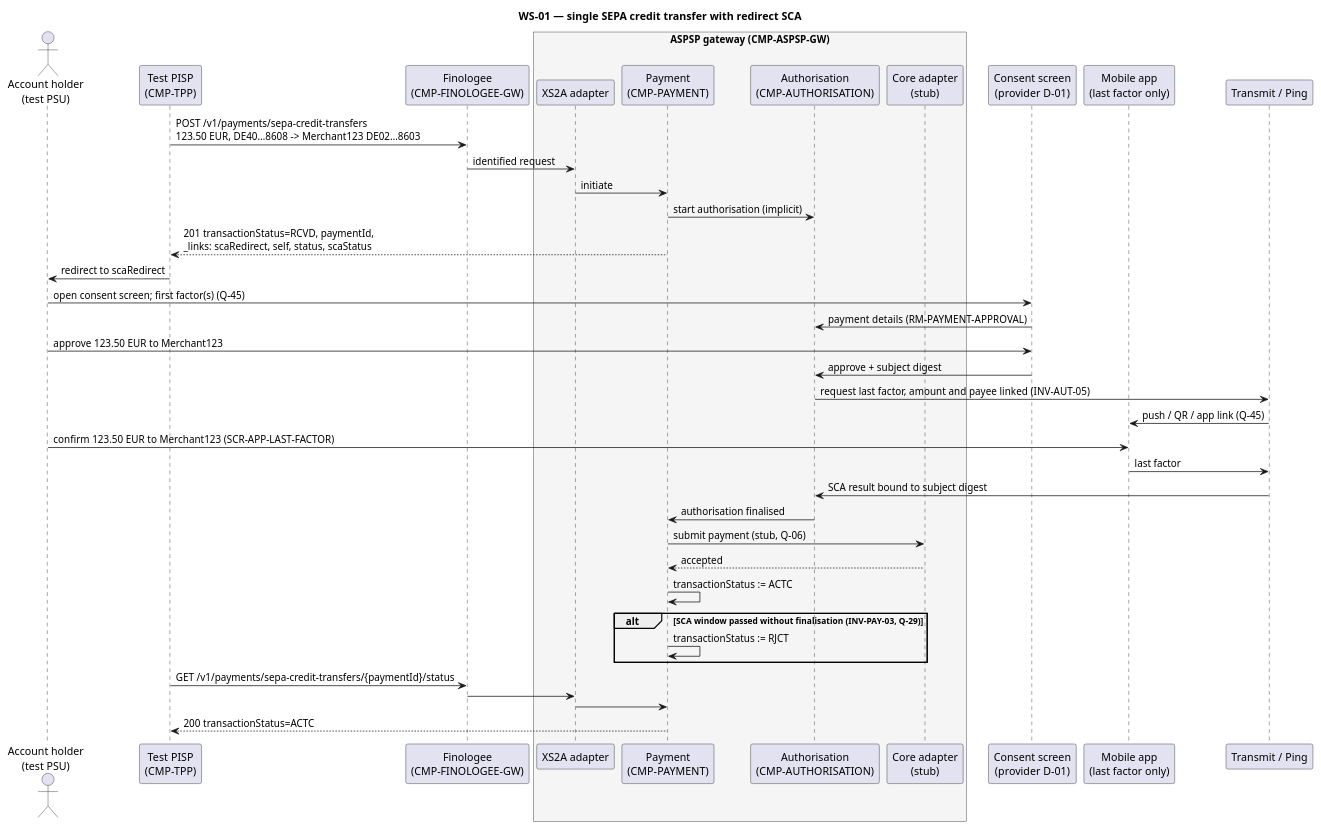
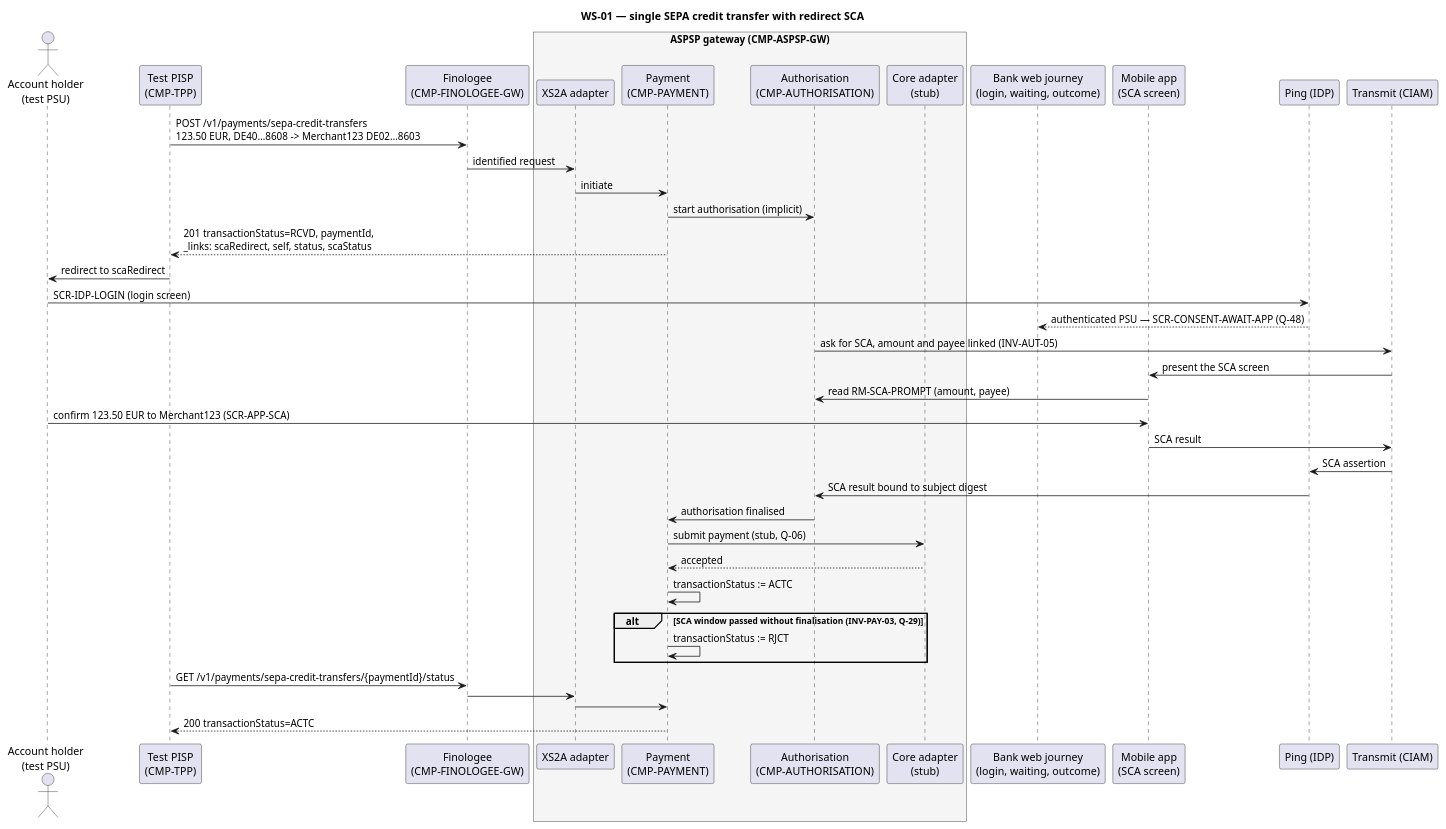
One commit to vondacho/psd2-sandbox changed the diagram in docs/system/uml/sequence/ws-01-pis-sct-redirect.puml. Above: the diagram before and after it, drawn with PlantUML. The commit also changed 33 other files, not shown here.

```diff
--- a/docs/system/uml/sequence/ws-01-pis-sct-redirect.puml
+++ b/docs/system/uml/sequence/ws-01-pis-sct-redirect.puml
@@ -1,51 +1,53 @@
 @startuml ws-01-pis-sct-redirect
 ' WS-01 walking-skeleton path, PIS part; reused unchanged by MVP-01. PROPOSAL, AI, 2026-09-19.
 ' Stories: STORY-PIS-INITIATE-SCT, STORY-PIS-SCA-REDIRECT-APP, STORY-PIS-STATUS.
 ' Redirect, implicit start (SRC-IG §5.1.3). VoP not shown (Q-16).
-' Iteration 3 (SRC-ADR 87c72b8): payment approval assumed on the consent screen (Q-46); the mobile
-' app carries only the last factor and shows amount and payee (dynamic linking, Q-46).
+' Iteration 4 (SRC-ADR 7ed3eb1): the payment is approved on the SCA screen in the bank app, where
+' amount and payee are shown (dynamic linking). The browser carries the login screen and the
+' waiting / outcome pages only (Q-46, Q-48 — proposals awaiting confirmation).
 title WS-01 — single SEPA credit transfer with redirect SCA
 
 actor "Account holder\n(test PSU)" as PSU
 participant "Test PISP\n(CMP-TPP)" as TPP
 participant "Finologee\n(CMP-FINOLOGEE-GW)" as FIN
 box "ASPSP gateway (CMP-ASPSP-GW)" #F5F5F5
   participant "XS2A adapter" as ADP
   participant "Payment\n(CMP-PAYMENT)" as PAY
   participant "Authorisation\n(CMP-AUTHORISATION)" as AUT
   participant "Core adapter\n(stub)" as CORE
 end box
-participant "Consent screen\n(provider D-01)" as CS
-participant "Mobile app\n(last factor only)" as APP
-participant "Transmit / Ping" as IAM
+participant "Bank web journey\n(login, waiting, outcome)" as CS
+participant "Mobile app\n(SCA screen)" as APP
+participant "Ping (IDP)" as PING
+participant "Transmit (CIAM)" as CIAM
 
 TPP -> FIN : POST /v1/payments/sepa-credit-transfers\n123.50 EUR, DE40…8608 -> Merchant123 DE02…8603
 FIN -> ADP : identified request
 ADP -> PAY : initiate
 PAY -> AUT : start authorisation (implicit)
 PAY --> TPP : 201 transactionStatus=RCVD, paymentId,\n_links: scaRedirect, self, status, scaStatus
 
 TPP -> PSU : redirect to scaRedirect
-PSU -> CS : open consent screen; first factor(s) (Q-45)
-CS -> AUT : payment details (RM-PAYMENT-APPROVAL)
-PSU -> CS : approve 123.50 EUR to Merchant123
-CS -> AUT : approve + subject digest
-AUT -> IAM : request last factor, amount and payee linked (INV-AUT-05)
-IAM -> APP : push / QR / app link (Q-45)
-PSU -> APP : confirm 123.50 EUR to Merchant123 (SCR-APP-LAST-FACTOR)
-APP -> IAM : last factor
-IAM -> AUT : SCA result bound to subject digest
+PSU -> PING : SCR-IDP-LOGIN (login screen)
+PING --> CS : authenticated PSU — SCR-CONSENT-AWAIT-APP (Q-48)
+AUT -> CIAM : ask for SCA, amount and payee linked (INV-AUT-05)
+CIAM -> APP : present the SCA screen
+APP -> AUT : read RM-SCA-PROMPT (amount, payee)
+PSU -> APP : confirm 123.50 EUR to Merchant123 (SCR-APP-SCA)
+APP -> CIAM : SCA result
+CIAM -> PING : SCA assertion
+PING -> AUT : SCA result bound to subject digest
 AUT -> PAY : authorisation finalised
 PAY -> CORE : submit payment (stub, Q-06)
 CORE --> PAY : accepted
 PAY -> PAY : transactionStatus := ACTC
 
 alt SCA window passed without finalisation (INV-PAY-03, Q-29)
   PAY -> PAY : transactionStatus := RJCT
 end
 
 TPP -> FIN : GET /v1/payments/sepa-credit-transfers/{paymentId}/status
 FIN -> ADP
 ADP -> PAY
 PAY --> TPP : 200 transactionStatus=ACTC
 @enduml
```
